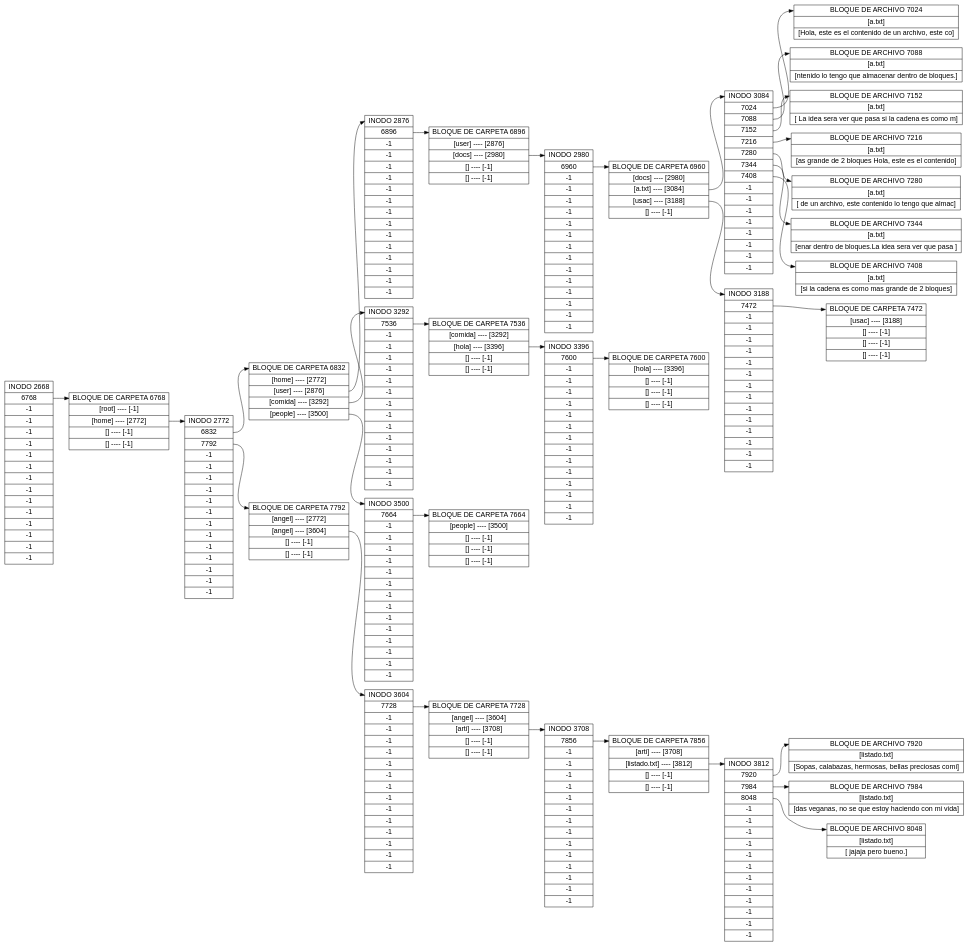
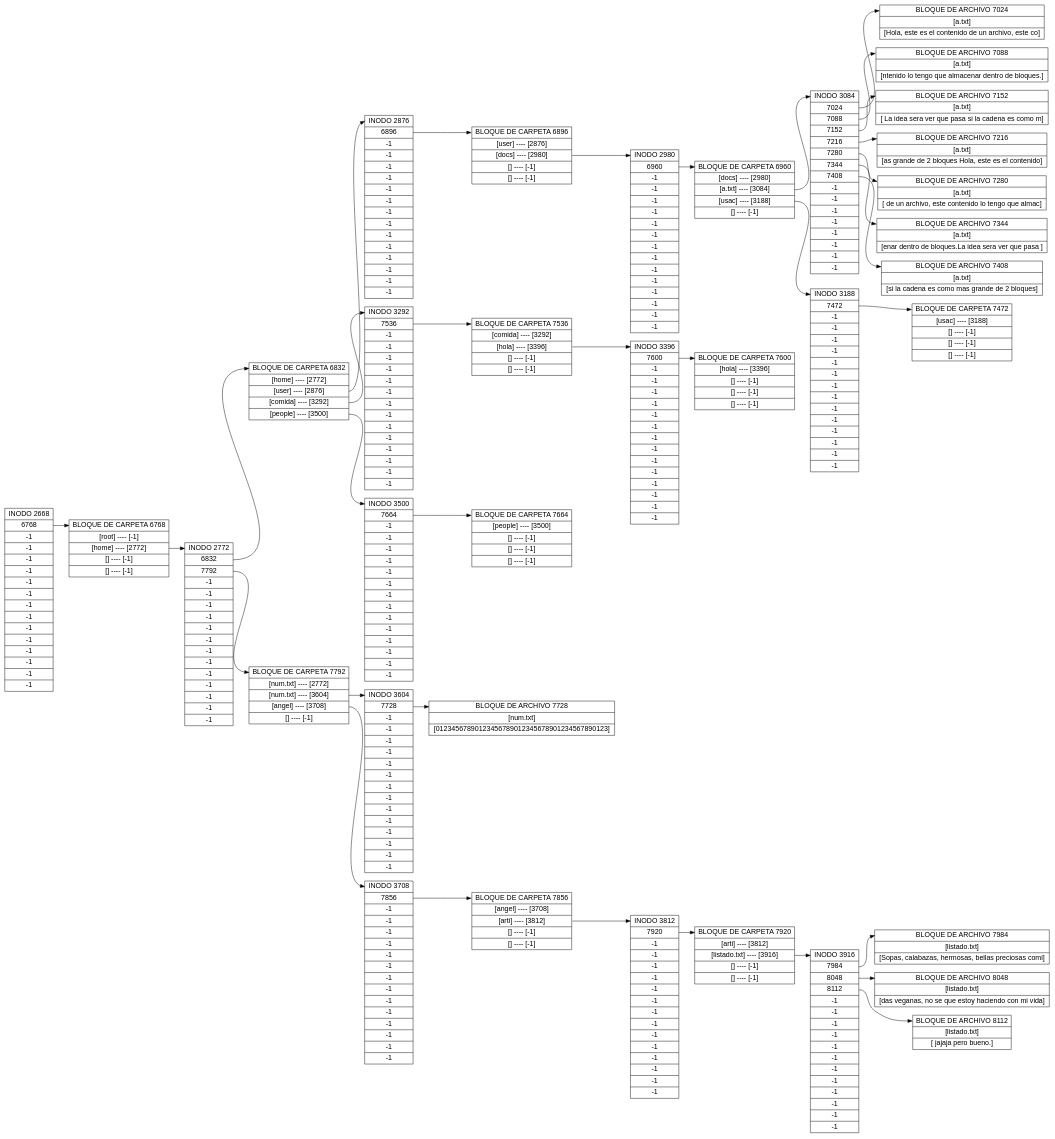
Before and after one commit to AngelArteaga1/-MIA-P1_201901816: the diagram in Code/reportes/reporte.dot, drawn with Graphviz. The commit also changed 15 other files, not shown here.

```diff
--- a/Code/reportes/reporte.dot
+++ b/Code/reportes/reporte.dot
@@ -1,73 +1,77 @@
 digraph g {
 fontname="Helvetica,Arial,sans-serif"
 node [fontname="Helvetica,Arial,sans-serif"]
 edge [fontname="Helvetica,Arial,sans-serif"]
 graph [rankdir = "LR"];
 node [fontsize = "16" shape = "ellipse"];
 edge [];
 "node2668" [label = "<f0> INODO 2668 |<f1> 6768|<f2> -1|<f3> -1|<f4> -1|<f5> -1|<f6> -1|<f7> -1|<f8> -1|<f9> -1|<f10> -1|<f11> -1|<f12> -1|<f13> -1|<f14> -1|<f15> -1"shape = "record"];
 "node6768" [label = "<f0> BLOQUE DE CARPETA 6768 |<f1> [root] ---- [-1]|<f2> [home] ---- [2772]|<f3> [] ---- [-1]|<f4> [] ---- [-1]"shape = "record"];
 "node2668":f1 -> "node6768":f0;
 "node2772" [label = "<f0> INODO 2772 |<f1> 6832|<f2> 7792|<f3> -1|<f4> -1|<f5> -1|<f6> -1|<f7> -1|<f8> -1|<f9> -1|<f10> -1|<f11> -1|<f12> -1|<f13> -1|<f14> -1|<f15> -1"shape = "record"];
 "node6832" [label = "<f0> BLOQUE DE CARPETA 6832 |<f1> [home] ---- [2772]|<f2> [user] ---- [2876]|<f3> [comida] ---- [3292]|<f4> [people] ---- [3500]"shape = "record"];
 "node2772":f1 -> "node6832":f0;
 "node2876" [label = "<f0> INODO 2876 |<f1> 6896|<f2> -1|<f3> -1|<f4> -1|<f5> -1|<f6> -1|<f7> -1|<f8> -1|<f9> -1|<f10> -1|<f11> -1|<f12> -1|<f13> -1|<f14> -1|<f15> -1"shape = "record"];
 "node6896" [label = "<f0> BLOQUE DE CARPETA 6896 |<f1> [user] ---- [2876]|<f2> [docs] ---- [2980]|<f3> [] ---- [-1]|<f4> [] ---- [-1]"shape = "record"];
 "node2876":f1 -> "node6896":f0;
 "node2980" [label = "<f0> INODO 2980 |<f1> 6960|<f2> -1|<f3> -1|<f4> -1|<f5> -1|<f6> -1|<f7> -1|<f8> -1|<f9> -1|<f10> -1|<f11> -1|<f12> -1|<f13> -1|<f14> -1|<f15> -1"shape = "record"];
 "node6960" [label = "<f0> BLOQUE DE CARPETA 6960 |<f1> [docs] ---- [2980]|<f2> [a.txt] ---- [3084]|<f3> [usac] ---- [3188]|<f4> [] ---- [-1]"shape = "record"];
 "node2980":f1 -> "node6960":f0;
 "node3084" [label = "<f0> INODO 3084 |<f1> 7024|<f2> 7088|<f3> 7152|<f4> 7216|<f5> 7280|<f6> 7344|<f7> 7408|<f8> -1|<f9> -1|<f10> -1|<f11> -1|<f12> -1|<f13> -1|<f14> -1|<f15> -1"shape = "record"];
 "node7024" [label = "<f0> BLOQUE DE ARCHIVO 7024 |<f1> [a.txt] |<f2> [Hola, este es el contenido de un archivo, este co]"shape = "record"];
 "node3084":f1 -> "node7024":f0;
 "node7088" [label = "<f0> BLOQUE DE ARCHIVO 7088 |<f1> [a.txt] |<f2> [ntenido lo tengo que almacenar dentro de bloques.]"shape = "record"];
 "node3084":f2 -> "node7088":f0;
 "node7152" [label = "<f0> BLOQUE DE ARCHIVO 7152 |<f1> [a.txt] |<f2> [ La idea sera ver que pasa si la cadena es como m]"shape = "record"];
 "node3084":f3 -> "node7152":f0;
 "node7216" [label = "<f0> BLOQUE DE ARCHIVO 7216 |<f1> [a.txt] |<f2> [as grande de 2 bloques Hola, este es el contenido]"shape = "record"];
 "node3084":f4 -> "node7216":f0;
 "node7280" [label = "<f0> BLOQUE DE ARCHIVO 7280 |<f1> [a.txt] |<f2> [ de un archivo, este contenido lo tengo que almac]"shape = "record"];
 "node3084":f5 -> "node7280":f0;
 "node7344" [label = "<f0> BLOQUE DE ARCHIVO 7344 |<f1> [a.txt] |<f2> [enar dentro de bloques.La idea sera ver que pasa ]"shape = "record"];
 "node3084":f6 -> "node7344":f0;
 "node7408" [label = "<f0> BLOQUE DE ARCHIVO 7408 |<f1> [a.txt] |<f2> [si la cadena es como mas grande de 2 bloques]"shape = "record"];
 "node3084":f7 -> "node7408":f0;
 "node6960":f2 -> "node3084":f0;
 "node3188" [label = "<f0> INODO 3188 |<f1> 7472|<f2> -1|<f3> -1|<f4> -1|<f5> -1|<f6> -1|<f7> -1|<f8> -1|<f9> -1|<f10> -1|<f11> -1|<f12> -1|<f13> -1|<f14> -1|<f15> -1"shape = "record"];
 "node7472" [label = "<f0> BLOQUE DE CARPETA 7472 |<f1> [usac] ---- [3188]|<f2> [] ---- [-1]|<f3> [] ---- [-1]|<f4> [] ---- [-1]"shape = "record"];
 "node3188":f1 -> "node7472":f0;
 "node6960":f3 -> "node3188":f0;
 "node6896":f2 -> "node2980":f0;
 "node6832":f2 -> "node2876":f0;
 "node3292" [label = "<f0> INODO 3292 |<f1> 7536|<f2> -1|<f3> -1|<f4> -1|<f5> -1|<f6> -1|<f7> -1|<f8> -1|<f9> -1|<f10> -1|<f11> -1|<f12> -1|<f13> -1|<f14> -1|<f15> -1"shape = "record"];
 "node7536" [label = "<f0> BLOQUE DE CARPETA 7536 |<f1> [comida] ---- [3292]|<f2> [hola] ---- [3396]|<f3> [] ---- [-1]|<f4> [] ---- [-1]"shape = "record"];
 "node3292":f1 -> "node7536":f0;
 "node3396" [label = "<f0> INODO 3396 |<f1> 7600|<f2> -1|<f3> -1|<f4> -1|<f5> -1|<f6> -1|<f7> -1|<f8> -1|<f9> -1|<f10> -1|<f11> -1|<f12> -1|<f13> -1|<f14> -1|<f15> -1"shape = "record"];
 "node7600" [label = "<f0> BLOQUE DE CARPETA 7600 |<f1> [hola] ---- [3396]|<f2> [] ---- [-1]|<f3> [] ---- [-1]|<f4> [] ---- [-1]"shape = "record"];
 "node3396":f1 -> "node7600":f0;
 "node7536":f2 -> "node3396":f0;
 "node6832":f3 -> "node3292":f0;
 "node3500" [label = "<f0> INODO 3500 |<f1> 7664|<f2> -1|<f3> -1|<f4> -1|<f5> -1|<f6> -1|<f7> -1|<f8> -1|<f9> -1|<f10> -1|<f11> -1|<f12> -1|<f13> -1|<f14> -1|<f15> -1"shape = "record"];
 "node7664" [label = "<f0> BLOQUE DE CARPETA 7664 |<f1> [people] ---- [3500]|<f2> [] ---- [-1]|<f3> [] ---- [-1]|<f4> [] ---- [-1]"shape = "record"];
 "node3500":f1 -> "node7664":f0;
 "node6832":f4 -> "node3500":f0;
-"node7792" [label = "<f0> BLOQUE DE CARPETA 7792 |<f1> [angel] ---- [2772]|<f2> [angel] ---- [3604]|<f3> [] ---- [-1]|<f4> [] ---- [-1]"shape = "record"];
+"node7792" [label = "<f0> BLOQUE DE CARPETA 7792 |<f1> [num.txt] ---- [2772]|<f2> [num.txt] ---- [3604]|<f3> [angel] ---- [3708]|<f4> [] ---- [-1]"shape = "record"];
 "node2772":f2 -> "node7792":f0;
 "node3604" [label = "<f0> INODO 3604 |<f1> 7728|<f2> -1|<f3> -1|<f4> -1|<f5> -1|<f6> -1|<f7> -1|<f8> -1|<f9> -1|<f10> -1|<f11> -1|<f12> -1|<f13> -1|<f14> -1|<f15> -1"shape = "record"];
-"node7728" [label = "<f0> BLOQUE DE CARPETA 7728 |<f1> [angel] ---- [3604]|<f2> [arti] ---- [3708]|<f3> [] ---- [-1]|<f4> [] ---- [-1]"shape = "record"];
+"node7728" [label = "<f0> BLOQUE DE ARCHIVO 7728 |<f1> [num.txt] |<f2> [01234567890123456789012345678901234567890123]"shape = "record"];
 "node3604":f1 -> "node7728":f0;
+"node7792":f2 -> "node3604":f0;
 "node3708" [label = "<f0> INODO 3708 |<f1> 7856|<f2> -1|<f3> -1|<f4> -1|<f5> -1|<f6> -1|<f7> -1|<f8> -1|<f9> -1|<f10> -1|<f11> -1|<f12> -1|<f13> -1|<f14> -1|<f15> -1"shape = "record"];
-"node7856" [label = "<f0> BLOQUE DE CARPETA 7856 |<f1> [arti] ---- [3708]|<f2> [listado.txt] ---- [3812]|<f3> [] ---- [-1]|<f4> [] ---- [-1]"shape = "record"];
+"node7856" [label = "<f0> BLOQUE DE CARPETA 7856 |<f1> [angel] ---- [3708]|<f2> [arti] ---- [3812]|<f3> [] ---- [-1]|<f4> [] ---- [-1]"shape = "record"];
 "node3708":f1 -> "node7856":f0;
-"node3812" [label = "<f0> INODO 3812 |<f1> 7920|<f2> 7984|<f3> 8048|<f4> -1|<f5> -1|<f6> -1|<f7> -1|<f8> -1|<f9> -1|<f10> -1|<f11> -1|<f12> -1|<f13> -1|<f14> -1|<f15> -1"shape = "record"];
-"node7920" [label = "<f0> BLOQUE DE ARCHIVO 7920 |<f1> [listado.txt] |<f2> [Sopas, calabazas, hermosas, bellas preciosas comi]"shape = "record"];
+"node3812" [label = "<f0> INODO 3812 |<f1> 7920|<f2> -1|<f3> -1|<f4> -1|<f5> -1|<f6> -1|<f7> -1|<f8> -1|<f9> -1|<f10> -1|<f11> -1|<f12> -1|<f13> -1|<f14> -1|<f15> -1"shape = "record"];
+"node7920" [label = "<f0> BLOQUE DE CARPETA 7920 |<f1> [arti] ---- [3812]|<f2> [listado.txt] ---- [3916]|<f3> [] ---- [-1]|<f4> [] ---- [-1]"shape = "record"];
 "node3812":f1 -> "node7920":f0;
-"node7984" [label = "<f0> BLOQUE DE ARCHIVO 7984 |<f1> [listado.txt] |<f2> [das veganas, no se que estoy haciendo con mi vida]"shape = "record"];
-"node3812":f2 -> "node7984":f0;
-"node8048" [label = "<f0> BLOQUE DE ARCHIVO 8048 |<f1> [listado.txt] |<f2> [ jajaja pero bueno.]"shape = "record"];
-"node3812":f3 -> "node8048":f0;
+"node3916" [label = "<f0> INODO 3916 |<f1> 7984|<f2> 8048|<f3> 8112|<f4> -1|<f5> -1|<f6> -1|<f7> -1|<f8> -1|<f9> -1|<f10> -1|<f11> -1|<f12> -1|<f13> -1|<f14> -1|<f15> -1"shape = "record"];
+"node7984" [label = "<f0> BLOQUE DE ARCHIVO 7984 |<f1> [listado.txt] |<f2> [Sopas, calabazas, hermosas, bellas preciosas comi]"shape = "record"];
+"node3916":f1 -> "node7984":f0;
+"node8048" [label = "<f0> BLOQUE DE ARCHIVO 8048 |<f1> [listado.txt] |<f2> [das veganas, no se que estoy haciendo con mi vida]"shape = "record"];
+"node3916":f2 -> "node8048":f0;
+"node8112" [label = "<f0> BLOQUE DE ARCHIVO 8112 |<f1> [listado.txt] |<f2> [ jajaja pero bueno.]"shape = "record"];
+"node3916":f3 -> "node8112":f0;
+"node7920":f2 -> "node3916":f0;
 "node7856":f2 -> "node3812":f0;
-"node7728":f2 -> "node3708":f0;
-"node7792":f2 -> "node3604":f0;
+"node7792":f3 -> "node3708":f0;
 "node6768":f2 -> "node2772":f0;
 }
```
